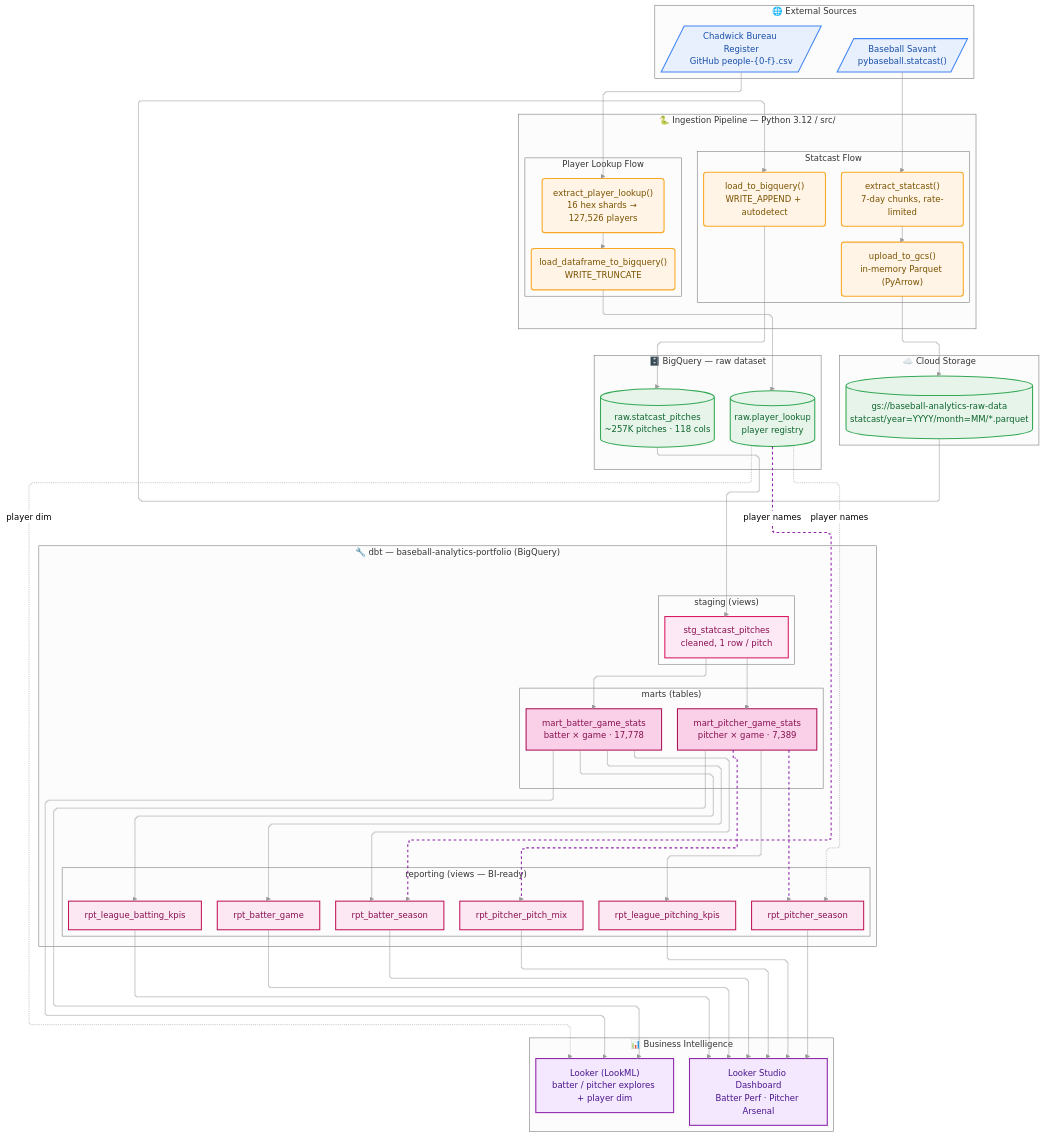
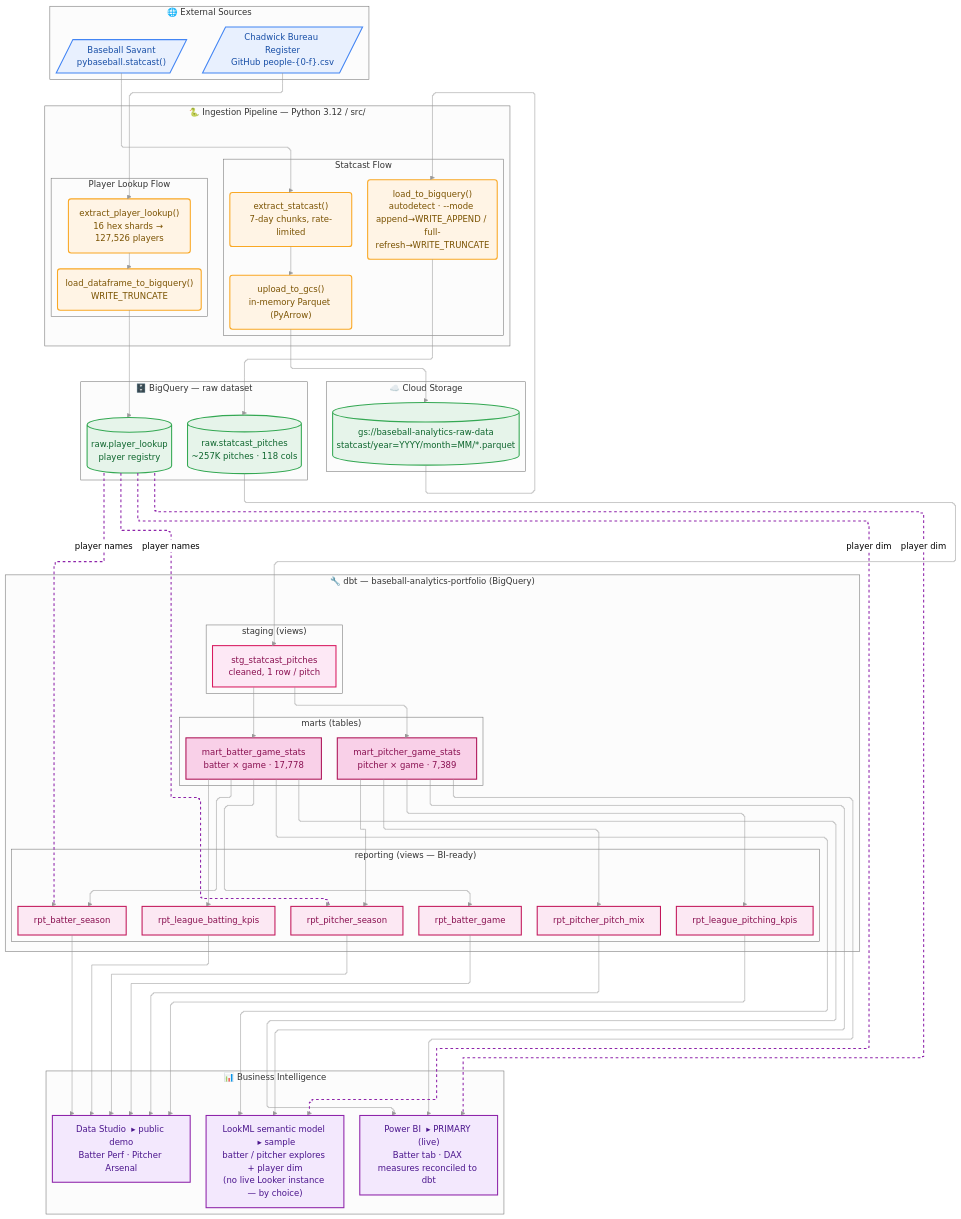
The diagram in docs/architecture.md (jondiaz10/baseball-analytics-portfolio), drawn with Mermaid (neutral theme) before and after one commit. The commit also changed other lines of this file and 1 other file, not shown here.

Commit message:
docs: make Power BI the primary BI layer in architecture diagram
Update docs/architecture.{md,mmd} (kept in sync): Power BI is the live/primary
BI node reading the per-game marts with DAX measures reconciled to dbt; Data
Studio stays the public demo on the reporting views; LookML kept as a labeled
alternative semantic-model sample (no live Looker instance, by choice). Loader
node now shows both write paths (--mode append→WRITE_APPEND /
full-refresh→WRITE_TRUNCATE). Diagram validated as a flowchart.

````diff
--- a/docs/architecture.md
+++ b/docs/architecture.md
@@ -29,7 +30,7 @@
             direction TB
             EXTRACT("extract_statcast()\n7-day chunks, rate-limited")
             GCSUP("upload_to_gcs()\nin-memory Parquet (PyArrow)")
-            BQLOAD("load_to_bigquery()\nWRITE_APPEND + autodetect")
+            BQLOAD("load_to_bigquery()\nautodetect · --mode append→WRITE_APPEND / full-refresh→WRITE_TRUNCATE")
         end
         subgraph INGEST_PLAYER["Player Lookup Flow"]
             direction TB
@@ -71,8 +72,9 @@
 
     subgraph BI["📊 Business Intelligence"]
         direction LR
-        LOOKER["Looker (LookML)\nbatter / pitcher explores + player dim"]
-        STUDIO["Looker Studio Dashboard\nBatter Perf · Pitcher Arsenal"]
+        POWERBI["Power BI  ▸ PRIMARY (live)\nBatter tab · DAX measures reconciled to dbt"]
+        STUDIO["Data Studio  ▸ public demo\nBatter Perf · Pitcher Arsenal"]
+        LOOKML["LookML semantic model  ▸ sample\nbatter / pitcher explores + player dim\n(no live Looker instance — by choice)"]
     end
 
     SAVANT --> EXTRACT --> GCSUP --> PARQUET --> BQLOAD --> RAWPITCH
@@ -91,11 +93,19 @@
 
     RAWPLAYER -.player names.-> RBSEASON
     RAWPLAYER -.player names.-> RPSEASON
-    RAWPLAYER -.player dim.-> LOOKER
 
-    MBATTER --> LOOKER
-    MPITCHER --> LOOKER
+    %% Data Studio (public demo) reads the pre-aggregated reporting views
     RBKPI & RBSEASON & RBGAME & RPKPI & RPSEASON & RPMIX --> STUDIO
+
+    %% Power BI (primary) reads the per-game marts; DAX measures reconciled to dbt
+    MBATTER --> POWERBI
+    MPITCHER --> POWERBI
+    RAWPLAYER -.player dim.-> POWERBI
+
+    %% LookML semantic-model sample reads the same marts + player dimension
+    MBATTER --> LOOKML
+    MPITCHER --> LOOKML
+    RAWPLAYER -.player dim.-> LOOKML
 
     classDef default fill:#f5f5f5,stroke:#999999,stroke-width:1px,color:#333333;
     classDef source fill:#e8f0fe,stroke:#4285f4,stroke-width:2px,color:#174ea6;
@@ -112,10 +122,11 @@
     class STGPITCH staging;
     class MBATTER,MPITCHER mart;
     class RBKPI,RBSEASON,RBGAME,RPKPI,RPSEASON,RPMIX report;
-    class LOOKER,STUDIO bi;
+    class POWERBI,STUDIO,LOOKML bi;
 
     linkStyle default stroke:#999999,stroke-width:1px;
-    linkStyle 15 stroke:#8e24aa,stroke-width:2px,stroke-dasharray:5;
-    linkStyle 16 stroke:#8e24aa,stroke-width:2px,stroke-dasharray:5;
     linkStyle 17 stroke:#8e24aa,stroke-width:2px,stroke-dasharray:5;
+    linkStyle 18 stroke:#8e24aa,stroke-width:2px,stroke-dasharray:5;
+    linkStyle 27 stroke:#8e24aa,stroke-width:2px,stroke-dasharray:5;
+    linkStyle 30 stroke:#8e24aa,stroke-width:2px,stroke-dasharray:5;
 ```
````
